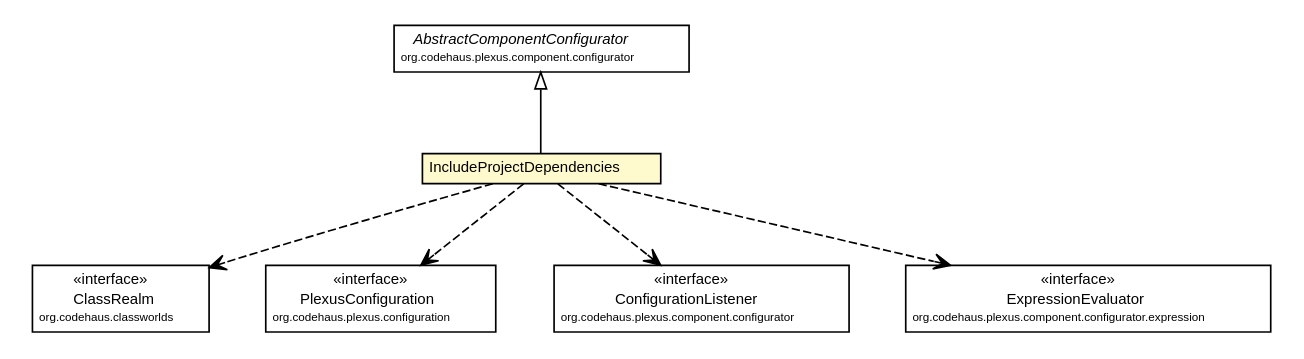
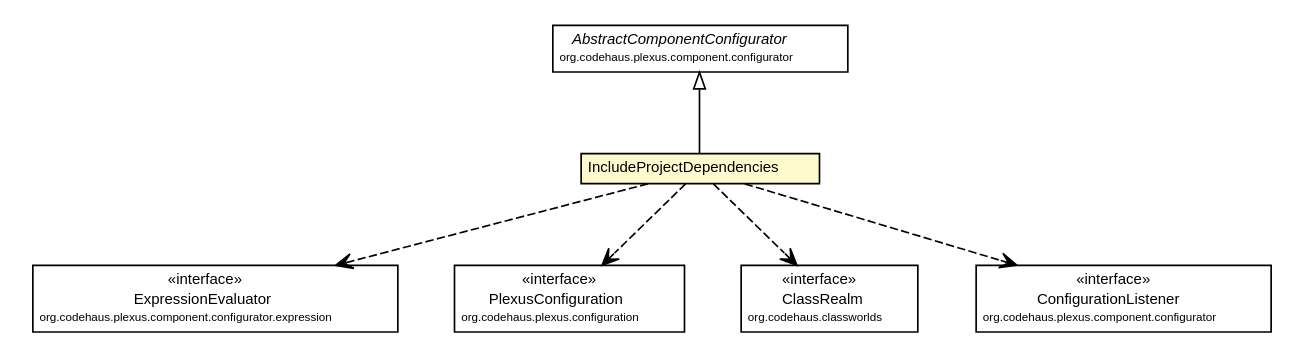
One commit to synchronoss/cpo-api changed the diagram in site/apidocs/org/synchronoss/cpo/plugin/IncludeProjectDependencies.dot. Above: the diagram before and after it, drawn with Graphviz. The commit also changed 1207 other files, not shown here.

```diff
--- a/site/apidocs/org/synchronoss/cpo/plugin/IncludeProjectDependencies.dot
+++ b/site/apidocs/org/synchronoss/cpo/plugin/IncludeProjectDependencies.dot
@@ -1,65 +1,65 @@
 #!/usr/local/bin/dot
 #
 # Class diagram 
 # Generated by UmlGraph version 4.6 (http://www.spinellis.gr/sw/umlgraph)
 #
 
 digraph G {
 	edge [fontname="Helvetica",fontsize=10,labelfontname="Helvetica",labelfontsize=10];
 	node [fontname="Helvetica",fontsize=10,shape=plaintext];
 	// org.synchronoss.cpo.plugin.IncludeProjectDependencies
 	c53834 [label=<<table border="0" cellborder="1" cellspacing="0" cellpadding="2" port="p" bgcolor="lemonChiffon" href="./IncludeProjectDependencies.html">
 		<tr><td><table border="0" cellspacing="0" cellpadding="1">
 			<tr><td> IncludeProjectDependencies </td></tr>
 		</table></td></tr>
 		</table>>, fontname="Helvetica", fontcolor="black", fontsize=9.0];
 	//org.synchronoss.cpo.plugin.IncludeProjectDependencies extends org.codehaus.plexus.component.configurator.AbstractComponentConfigurator
-	c53838:p -> c53834:p [dir=back,arrowtail=empty];
+	c53839:p -> c53834:p [dir=back,arrowtail=empty];
+	// org.synchronoss.cpo.plugin.IncludeProjectDependencies DEPEND org.codehaus.plexus.component.configurator.expression.ExpressionEvaluator
+	c53834:p -> c53840:p [taillabel="", label="", headlabel="", fontname="Helvetica", fontcolor="black", fontsize=10.0, color="black", arrowhead=open, style=dashed];
+	// org.synchronoss.cpo.plugin.IncludeProjectDependencies DEPEND org.codehaus.plexus.configuration.PlexusConfiguration
+	c53834:p -> c53841:p [taillabel="", label="", headlabel="", fontname="Helvetica", fontcolor="black", fontsize=10.0, color="black", arrowhead=open, style=dashed];
 	// org.synchronoss.cpo.plugin.IncludeProjectDependencies DEPEND org.codehaus.classworlds.ClassRealm
-	c53834:p -> c53841:p [taillabel="", label="", headlabel="", fontname="Helvetica", fontcolor="black", fontsize=10.0, color="black", arrowhead=open, style=dashed];
-	// org.synchronoss.cpo.plugin.IncludeProjectDependencies DEPEND org.codehaus.plexus.configuration.PlexusConfiguration
-	c53834:p -> c53842:p [taillabel="", label="", headlabel="", fontname="Helvetica", fontcolor="black", fontsize=10.0, color="black", arrowhead=open, style=dashed];
+	c53834:p -> c53844:p [taillabel="", label="", headlabel="", fontname="Helvetica", fontcolor="black", fontsize=10.0, color="black", arrowhead=open, style=dashed];
 	// org.synchronoss.cpo.plugin.IncludeProjectDependencies DEPEND org.codehaus.plexus.component.configurator.ConfigurationListener
-	c53834:p -> c53843:p [taillabel="", label="", headlabel="", fontname="Helvetica", fontcolor="black", fontsize=10.0, color="black", arrowhead=open, style=dashed];
-	// org.synchronoss.cpo.plugin.IncludeProjectDependencies DEPEND org.codehaus.plexus.component.configurator.expression.ExpressionEvaluator
-	c53834:p -> c53844:p [taillabel="", label="", headlabel="", fontname="Helvetica", fontcolor="black", fontsize=10.0, color="black", arrowhead=open, style=dashed];
+	c53834:p -> c53845:p [taillabel="", label="", headlabel="", fontname="Helvetica", fontcolor="black", fontsize=10.0, color="black", arrowhead=open, style=dashed];
 	// org.codehaus.classworlds.ClassRealm
-	c53841 [label=<<table border="0" cellborder="1" cellspacing="0" cellpadding="2" port="p" href="http://java.sun.com/j2se/1.4.2/docs/api/org/codehaus/classworlds/ClassRealm.html">
+	c53844 [label=<<table border="0" cellborder="1" cellspacing="0" cellpadding="2" port="p" href="http://java.sun.com/j2se/1.4.2/docs/api/org/codehaus/classworlds/ClassRealm.html">
 		<tr><td><table border="0" cellspacing="0" cellpadding="1">
 			<tr><td> &laquo;interface&raquo; </td></tr>
 			<tr><td> ClassRealm </td></tr>
 			<tr><td><font point-size="7.0"> org.codehaus.classworlds </font></td></tr>
 		</table></td></tr>
 		</table>>, fontname="Helvetica", fontcolor="black", fontsize=9.0];
 	// org.codehaus.plexus.component.configurator.expression.ExpressionEvaluator
-	c53844 [label=<<table border="0" cellborder="1" cellspacing="0" cellpadding="2" port="p" href="http://java.sun.com/j2se/1.4.2/docs/api/org/codehaus/plexus/component/configurator/expression/ExpressionEvaluator.html">
+	c53840 [label=<<table border="0" cellborder="1" cellspacing="0" cellpadding="2" port="p" href="http://java.sun.com/j2se/1.4.2/docs/api/org/codehaus/plexus/component/configurator/expression/ExpressionEvaluator.html">
 		<tr><td><table border="0" cellspacing="0" cellpadding="1">
 			<tr><td> &laquo;interface&raquo; </td></tr>
 			<tr><td> ExpressionEvaluator </td></tr>
 			<tr><td><font point-size="7.0"> org.codehaus.plexus.component.configurator.expression </font></td></tr>
 		</table></td></tr>
 		</table>>, fontname="Helvetica", fontcolor="black", fontsize=9.0];
 	// org.codehaus.plexus.component.configurator.AbstractComponentConfigurator
-	c53838 [label=<<table border="0" cellborder="1" cellspacing="0" cellpadding="2" port="p" href="http://java.sun.com/j2se/1.4.2/docs/api/org/codehaus/plexus/component/configurator/AbstractComponentConfigurator.html">
+	c53839 [label=<<table border="0" cellborder="1" cellspacing="0" cellpadding="2" port="p" href="http://java.sun.com/j2se/1.4.2/docs/api/org/codehaus/plexus/component/configurator/AbstractComponentConfigurator.html">
 		<tr><td><table border="0" cellspacing="0" cellpadding="1">
 			<tr><td><font face="Helvetica-Oblique"> AbstractComponentConfigurator </font></td></tr>
 			<tr><td><font point-size="7.0"> org.codehaus.plexus.component.configurator </font></td></tr>
 		</table></td></tr>
 		</table>>, fontname="Helvetica", fontcolor="black", fontsize=9.0];
 	// org.codehaus.plexus.component.configurator.ConfigurationListener
-	c53843 [label=<<table border="0" cellborder="1" cellspacing="0" cellpadding="2" port="p" href="http://java.sun.com/j2se/1.4.2/docs/api/org/codehaus/plexus/component/configurator/ConfigurationListener.html">
+	c53845 [label=<<table border="0" cellborder="1" cellspacing="0" cellpadding="2" port="p" href="http://java.sun.com/j2se/1.4.2/docs/api/org/codehaus/plexus/component/configurator/ConfigurationListener.html">
 		<tr><td><table border="0" cellspacing="0" cellpadding="1">
 			<tr><td> &laquo;interface&raquo; </td></tr>
 			<tr><td> ConfigurationListener </td></tr>
 			<tr><td><font point-size="7.0"> org.codehaus.plexus.component.configurator </font></td></tr>
 		</table></td></tr>
 		</table>>, fontname="Helvetica", fontcolor="black", fontsize=9.0];
 	// org.codehaus.plexus.configuration.PlexusConfiguration
-	c53842 [label=<<table border="0" cellborder="1" cellspacing="0" cellpadding="2" port="p" href="http://java.sun.com/j2se/1.4.2/docs/api/org/codehaus/plexus/configuration/PlexusConfiguration.html">
+	c53841 [label=<<table border="0" cellborder="1" cellspacing="0" cellpadding="2" port="p" href="http://java.sun.com/j2se/1.4.2/docs/api/org/codehaus/plexus/configuration/PlexusConfiguration.html">
 		<tr><td><table border="0" cellspacing="0" cellpadding="1">
 			<tr><td> &laquo;interface&raquo; </td></tr>
 			<tr><td> PlexusConfiguration </td></tr>
 			<tr><td><font point-size="7.0"> org.codehaus.plexus.configuration </font></td></tr>
 		</table></td></tr>
 		</table>>, fontname="Helvetica", fontcolor="black", fontsize=9.0];
 }
```
